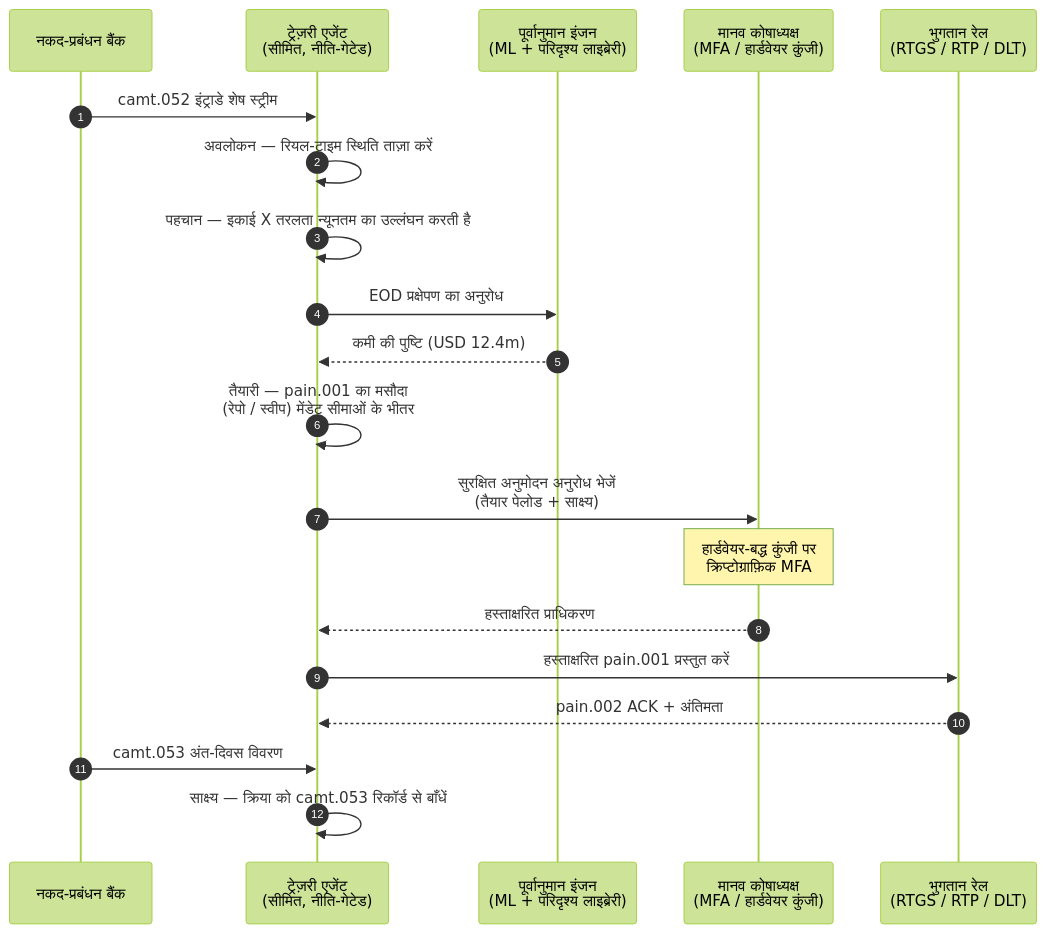
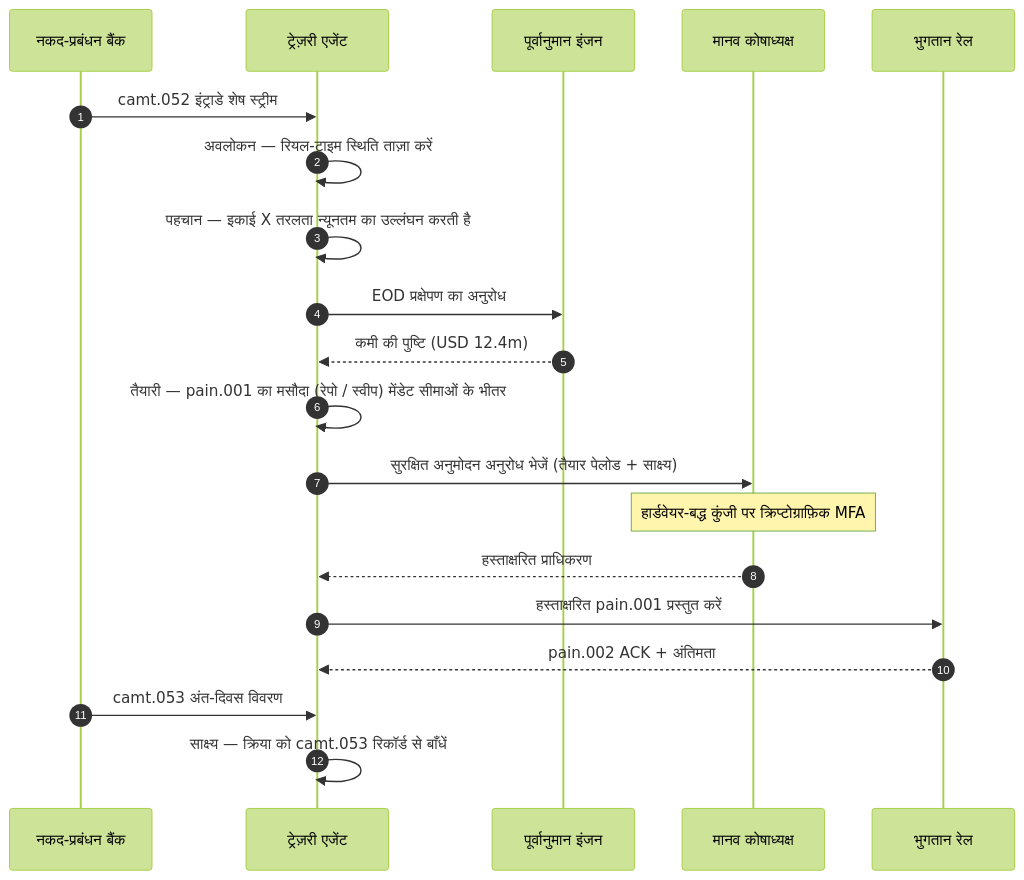
The diagram in _posts/hi/2026-06-07-autonomous-treasury-index-programmable-liquidity-tokenised-deposits-2026.md (sebastienrousseau/sebastienrousseau.github.io), drawn with Mermaid (forest theme) before and after one commit. The commit also changed 2231 other files, not shown here.

First line of the commit message:
fix(mermaid): unblock Mermaid v10 rendering end-to-end (#198)

````diff
--- a/_posts/hi/2026-06-07-autonomous-treasury-index-programmable-liquidity-tokenised-deposits-2026.md
+++ b/_posts/hi/2026-06-07-autonomous-treasury-index-programmable-liquidity-tokenised-deposits-2026.md
@@ -152,23 +152,22 @@
 ```mermaid
 sequenceDiagram
     autonumber
     participant Banks as नकद-प्रबंधन बैंक
-    participant Agent as ट्रेज़री एजेंट<br/>(सीमित, नीति-गेटेड)
-    participant Forecast as पूर्वानुमान इंजन<br/>(ML + परिदृश्य लाइब्रेरी)
-    participant Treasurer as मानव कोषाध्यक्ष<br/>(MFA / हार्डवेयर कुंजी)
-    participant Rails as भुगतान रेल<br/>(RTGS / RTP / DLT)
-
+    participant Agent as ट्रेज़री एजेंट
+    participant Forecast as पूर्वानुमान इंजन
+    participant Treasurer as मानव कोषाध्यक्ष
+    participant Rails as भुगतान रेल
     Banks->>Agent: camt.052 इंट्राडे शेष स्ट्रीम
     Agent->>Agent: अवलोकन — रियल-टाइम स्थिति ताज़ा करें
     Agent->>Agent: पहचान — इकाई X तरलता न्यूनतम का उल्लंघन करती है
     Agent->>Forecast: EOD प्रक्षेपण का अनुरोध
     Forecast-->>Agent: कमी की पुष्टि (USD 12.4m)
-    Agent->>Agent: तैयारी — pain.001 का मसौदा<br/>(रेपो / स्वीप) मेंडेट सीमाओं के भीतर
-    Agent->>Treasurer: सुरक्षित अनुमोदन अनुरोध भेजें<br/>(तैयार पेलोड + साक्ष्य)
-    Note over Treasurer: हार्डवेयर-बद्ध कुंजी पर<br/>क्रिप्टोग्राफ़िक MFA
+    Agent->>Agent: तैयारी — pain.001 का मसौदा (रेपो / स्वीप) मेंडेट सीमाओं के भीतर
+    Agent->>Treasurer: सुरक्षित अनुमोदन अनुरोध भेजें (तैयार पेलोड + साक्ष्य)
+    Note over Treasurer: हार्डवेयर-बद्ध कुंजी पर क्रिप्टोग्राफ़िक MFA
     Treasurer-->>Agent: हस्ताक्षरित प्राधिकरण
     Agent->>Rails: हस्ताक्षरित pain.001 प्रस्तुत करें
     Rails-->>Agent: pain.002 ACK + अंतिमता
     Banks->>Agent: camt.053 अंत-दिवस विवरण
     Agent->>Agent: साक्ष्य — क्रिया को camt.053 रिकॉर्ड से बाँधें
 ```
````
